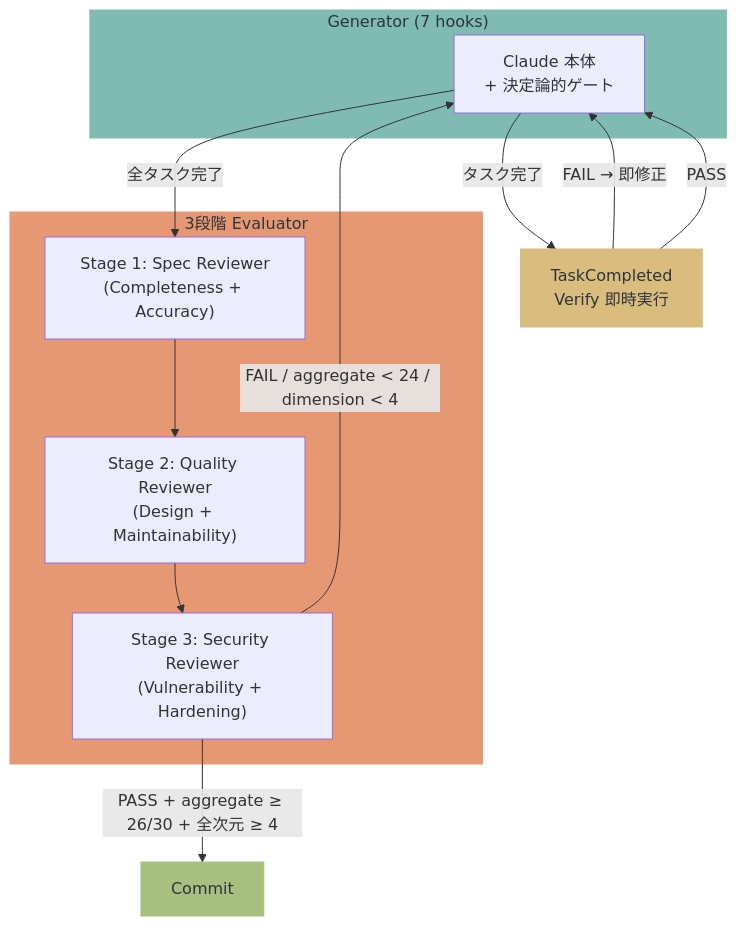
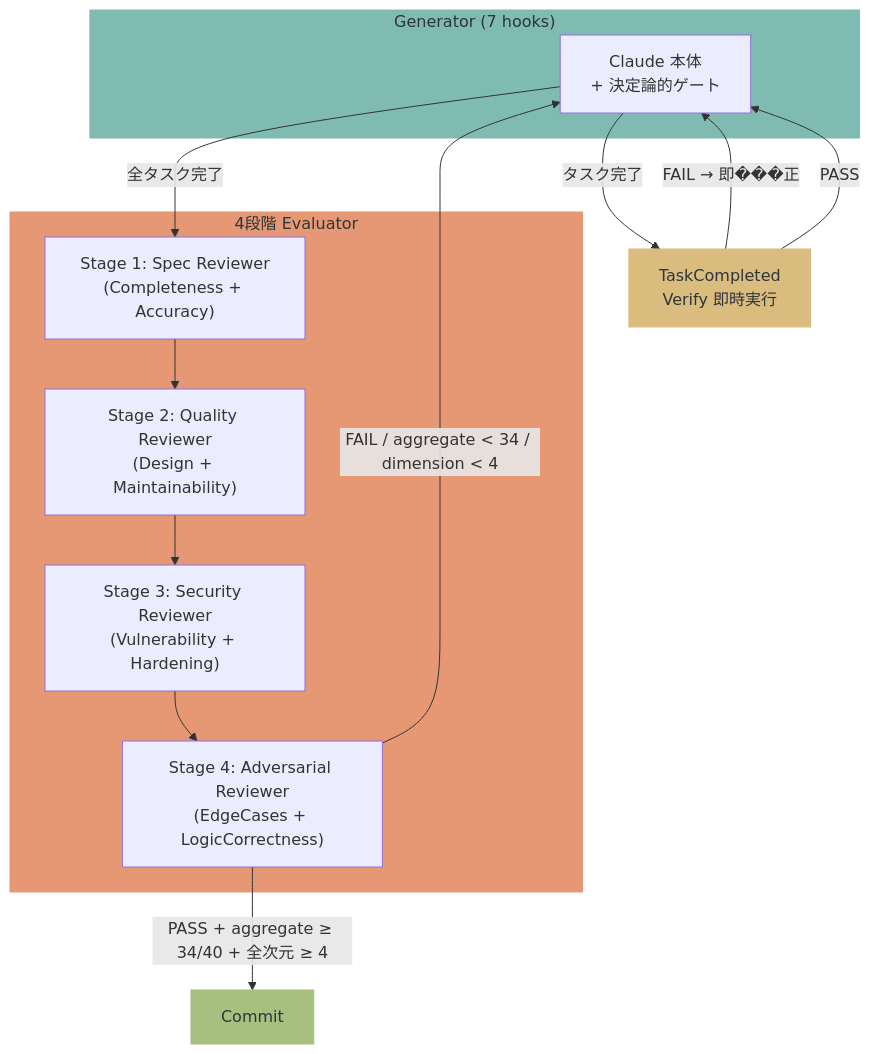
Before and after one commit to hir4ta/qult: the second of 2 diagrams in README.ja.md, drawn with Mermaid. The commit also changed other lines of this file and 4 other files, not shown here.

````diff
--- a/README.ja.md
+++ b/README.ja.md
@@ -96,25 +96,27 @@
 ```mermaid
 flowchart TB
     subgraph Generator["Generator (7 hooks)"]
         Claude["Claude 本体\n+ 決定論的ゲート"]
     end
-    subgraph Evaluator["3段階 Evaluator"]
+    subgraph Evaluator["4段階 Evaluator"]
         Spec["Stage 1: Spec Reviewer\n(Completeness + Accuracy)"]
         Quality["Stage 2: Quality Reviewer\n(Design + Maintainability)"]
         Security["Stage 3: Security Reviewer\n(Vulnerability + Hardening)"]
+        Adversarial["Stage 4: Adversarial Reviewer\n(EdgeCases + LogicCorrectness)"]
     end
 
     Claude -- "タスク完了" --> TV["TaskCompleted\nVerify 即時実行"]
-    TV -- "FAIL → 即修正" --> Claude
+    TV -- "FAIL → 即���正" --> Claude
     TV -- "PASS" --> Claude
     Claude -- "全タスク完了" --> Spec
     Spec --> Quality
     Quality --> Security
-    Security -- "FAIL / aggregate < 24 / dimension < 4" --> Claude
-    Security -- "PASS + aggregate ≥ 26/30 + 全次元 ≥ 4" --> Done["Commit"]
+    Security --> Adversarial
+    Adversarial -- "FAIL / aggregate < 34 / dimension < 4" --> Claude
+    Adversarial -- "PASS + aggregate ≥ 34/40 + 全次元 ≥ 4" --> Done["Commit"]
 
     style Generator fill:#7fbbb3,color:#2d353b,stroke:#7fbbb3
     style Evaluator fill:#e69875,color:#2d353b,stroke:#e69875
     style Done fill:#a7c080,color:#2d353b,stroke:#a7c080
     style TV fill:#dbbc7f,color:#2d353b,stroke:#dbbc7f
 ```
````
